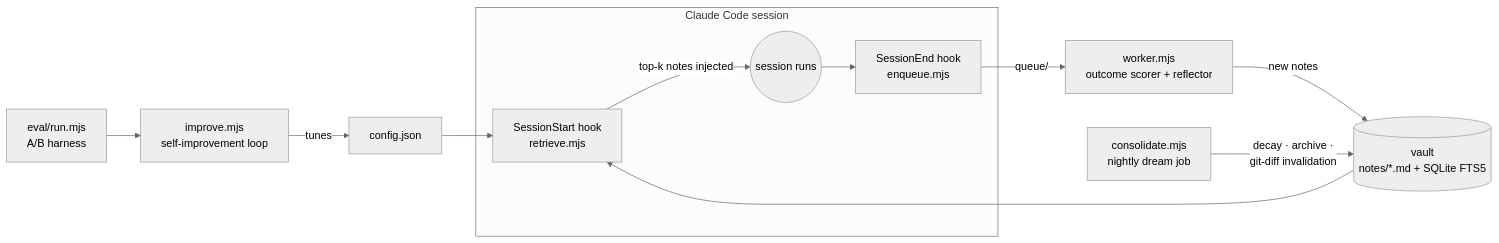
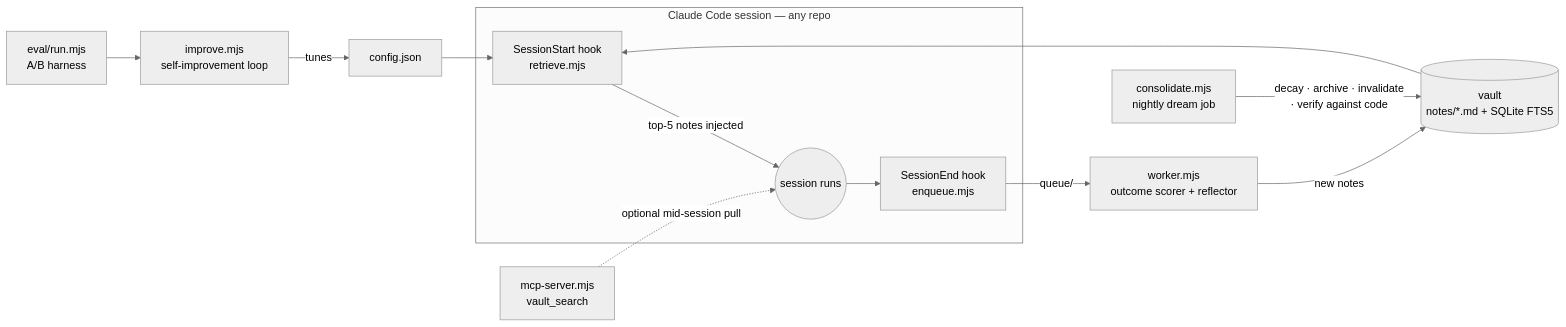
The diagram in README.md (kirti34n/unified-mem), drawn with Mermaid (neutral theme) before and after one commit. The commit also changed other lines of this file and 8 other files, not shown here.

First line of the commit message:
Verify-pass for stale notes, MCP vault_search, Q-learning bias fixes, hardened defaults

````diff
--- a/README.md
+++ b/README.md
@@ -38,14 +42,15 @@
 ```mermaid
 flowchart LR
-    subgraph session [Claude Code session]
-        A[SessionStart hook<br/>retrieve.mjs] -->|top-k notes injected| B((session runs))
+    subgraph session [Claude Code session — any repo]
+        A[SessionStart hook<br/>retrieve.mjs] -->|top-5 notes injected| B((session runs))
         B --> C[SessionEnd hook<br/>enqueue.mjs]
     end
     C -->|queue/| D[worker.mjs<br/>outcome scorer + reflector]
     D -->|new notes| V[(vault<br/>notes/*.md + SQLite FTS5)]
     V --> A
-    N[consolidate.mjs<br/>nightly dream job] -->|decay · archive ·<br/>git-diff invalidation| V
+    N[consolidate.mjs<br/>nightly dream job] -->|decay · archive · invalidate<br/>· verify against code| V
+    M[mcp-server.mjs<br/>vault_search] -.->|optional mid-session pull| B
     E[eval/run.mjs<br/>A/B harness] --> I[improve.mjs<br/>self-improvement loop]
     I -->|tunes| K[config.json]
     K --> A
 ```
````
